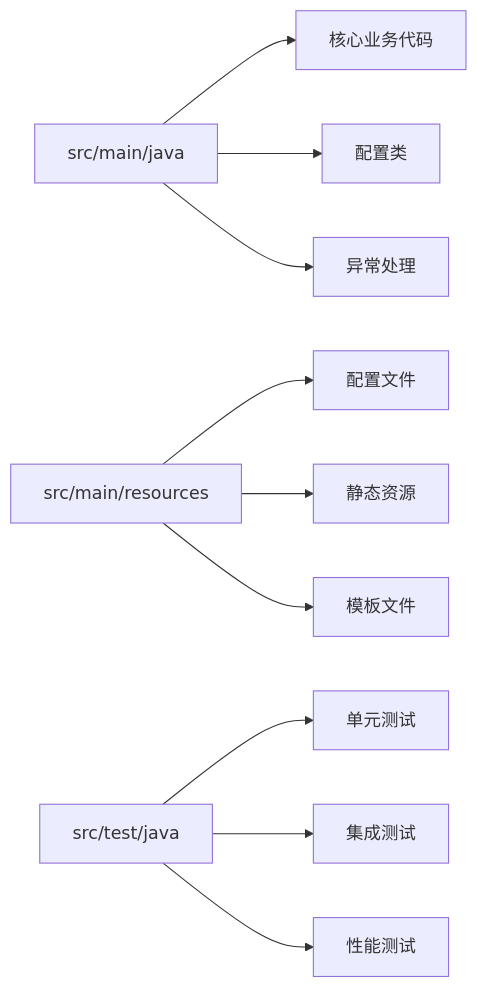
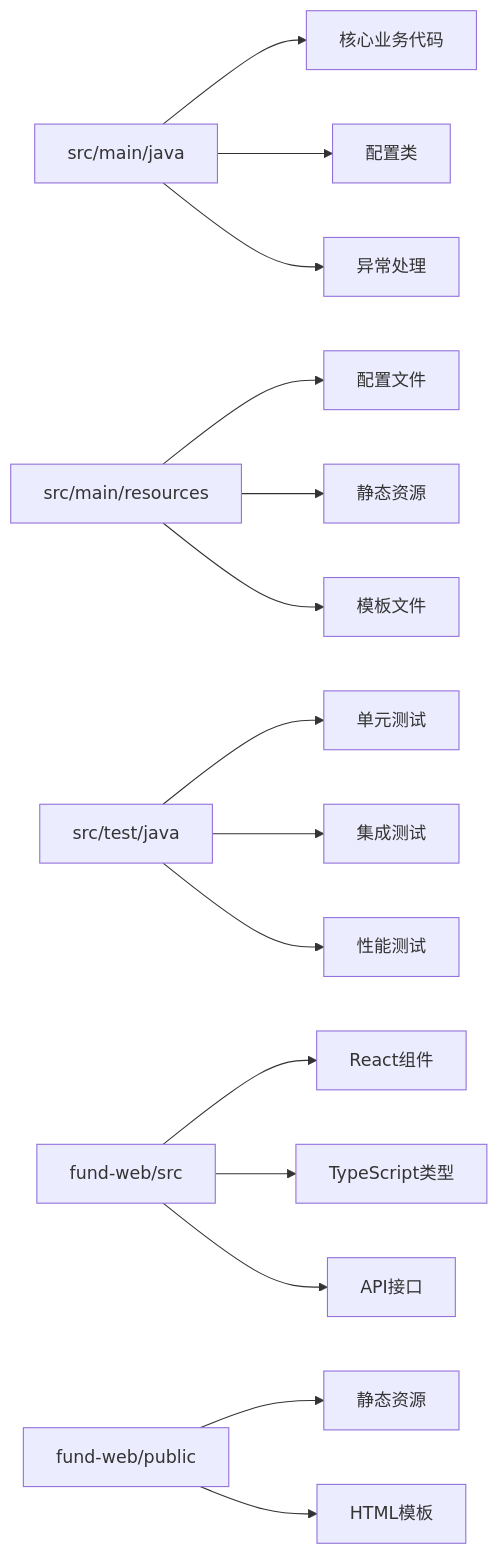
One commit to gree-coder/fund-butler changed diagram 18 of 22 in .qoder/repowiki/zh/content/项目结构详解.md. Above: the diagram before and after it, drawn with Mermaid. The commit also changed other lines of this file and 10 other files, not shown here.

````diff
--- a/.qoder/repowiki/zh/content/项目结构详解.md
+++ b/.qoder/repowiki/zh/content/项目结构详解.md
@@ -308,12 +717,17 @@
 ```mermaid
 flowchart LR
 A[src/main/java] --> B[核心业务代码]
 A --> C[配置类]
 A --> D[异常处理]
 E[src/main/resources] --> F[配置文件]
 E --> G[静态资源]
 E --> H[模板文件]
 I[src/test/java] --> J[单元测试]
 I --> K[集成测试]
 I --> L[性能测试]
+M[fund-web/src] --> N[React组件]
+M --> O[TypeScript类型]
+M --> P[API接口]
+Q[fund-web/public] --> R[静态资源]
+Q --> S[HTML模板]
 ```
````
